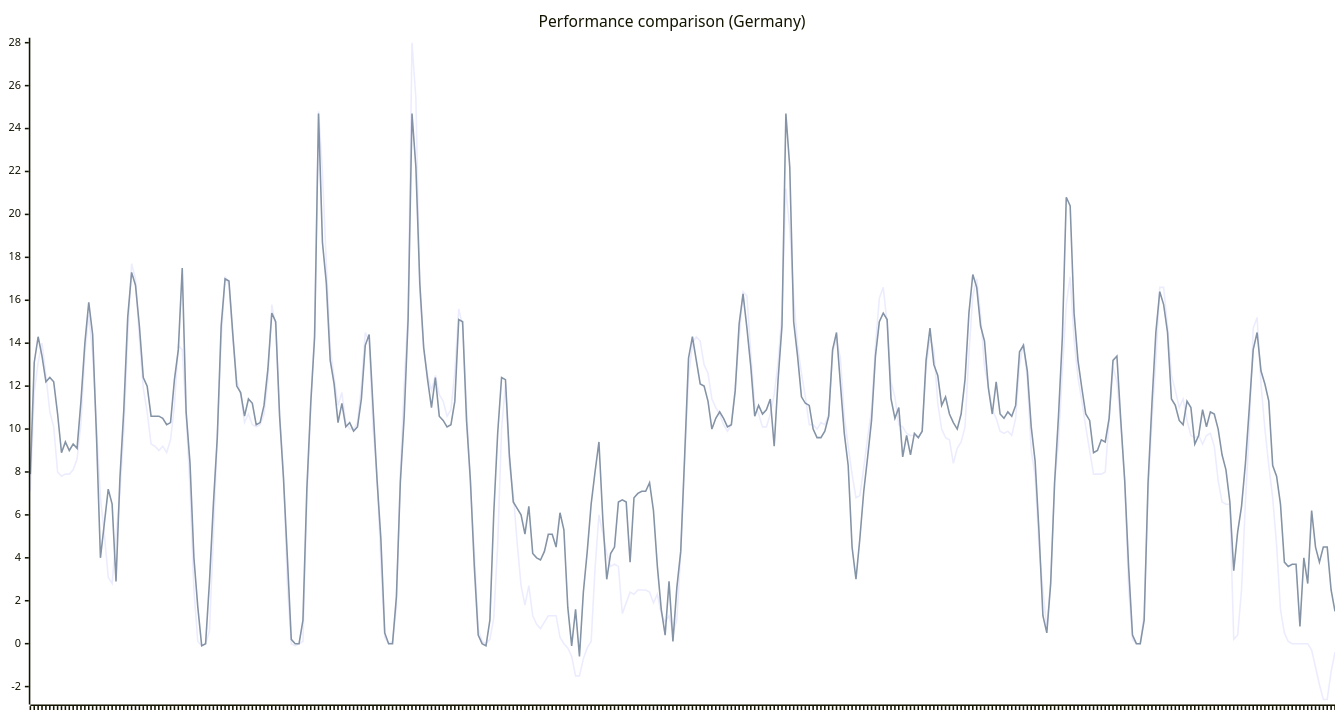
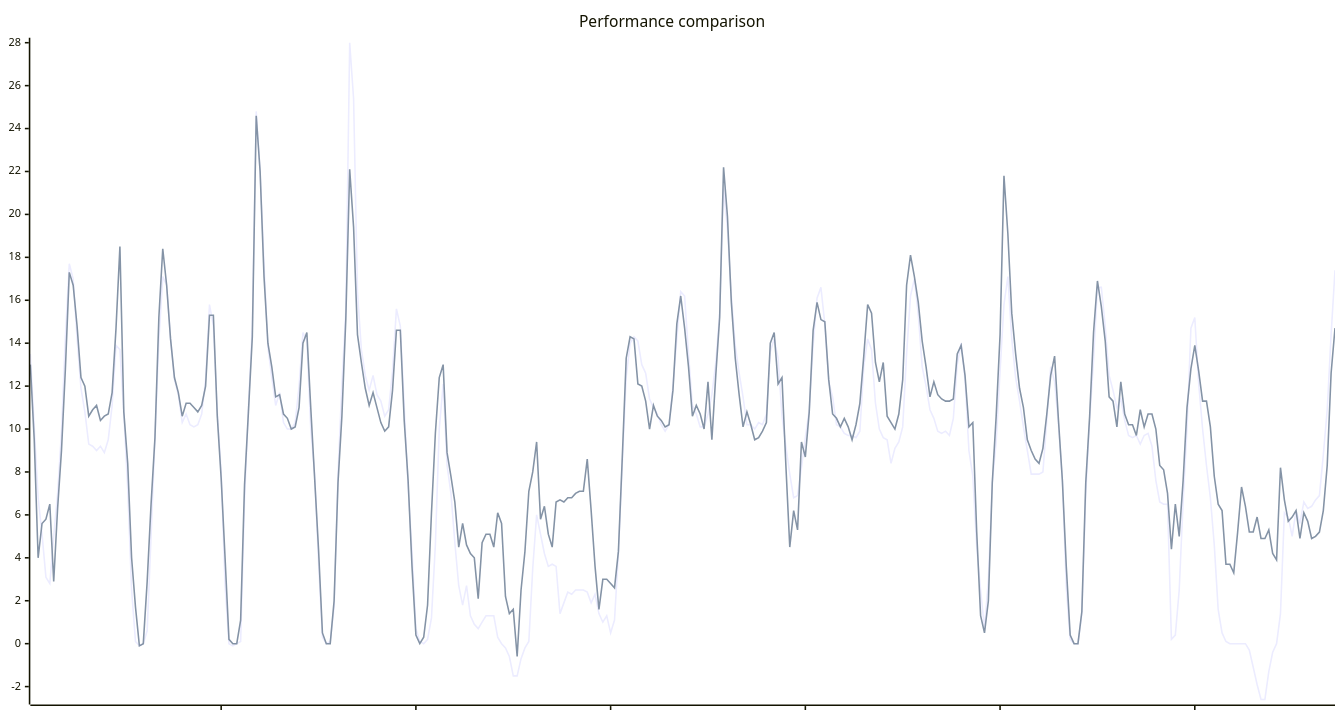
Before and after one commit to hchris1/EpexPredictor: the diagram in README.md, drawn with Mermaid. The commit also changed other lines of this file and 2 other files, not shown here.

Commit message:
slight model improvement: use exact day of week instead of just weekday/sat/sun, use correct holidays for AT and fix timezone for weekday detection

````diff
--- a/README.md
+++ b/README.md
@@ -63,16 +63,15 @@
 ```mermaid
 ---
 config:
     xyChart:
         width: 1700
         height: 900
         plotReservedSpacePercent: 80
         xAxis:
             showLabel: false
 ---
 xychart-beta
-    title "Performance comparison (Germany)"
-    x-axis [1500,1501,1502,1503,1504,1505,1506,1507,1508,1509,1510,1511,1512,1513,1514,1515,1516,1517,1518,1519,1520,1521,1522,1523,1524,1525,1526,1527,1528,1529,1530,1531,1532,1533,1534,1535,1536,1537,1538,1539,1540,1541,1542,1543,1544,1545,1546,1547,1548,1549,1550,1551,1552,1553,1554,1555,1556,1557,1558,1559,1560,1561,1562,1563,1564,1565,1566,1567,1568,1569,1570,1571,1572,1573,1574,1575,1576,1577,1578,1579,1580,1581,1582,1583,1584,1585,1586,1587,1588,1589,1590,1591,1592,1593,1594,1595,1596,1597,1598,1599,1600,1601,1602,1603,1604,1605,1606,1607,1608,1609,1610,1611,1612,1613,1614,1615,1616,1617,1618,1619,1620,1621,1622,1623,1624,1625,1626,1627,1628,1629,1630,1631,1632,1633,1634,1635,1636,1637,1638,1639,1640,1641,1642,1643,1644,1645,1646,1647,1648,1649,1650,1651,1652,1653,1654,1655,1656,1657,1658,1659,1660,1661,1662,1663,1664,1665,1666,1667,1668,1669,1670,1671,1672,1673,1674,1675,1676,1677,1678,1679,1680,1681,1682,1683,1684,1685,1686,1687,1688,1689,1690,1691,1692,1693,1694,1695,1696,1697,1698,1699,1700,1701,1702,1703,1704,1705,1706,1707,1708,1709,1710,1711,1712,1713,1714,1715,1716,1717,1718,1719,1720,1721,1722,1723,1724,1725,1726,1727,1728,1729,1730,1731,1732,1733,1734,1735,1736,1737,1738,1739,1740,1741,1742,1743,1744,1745,1746,1747,1748,1749,1750,1751,1752,1753,1754,1755,1756,1757,1758,1759,1760,1761,1762,1763,1764,1765,1766,1767,1768,1769,1770,1771,1772,1773,1774,1775,1776,1777,1778,1779,1780,1781,1782,1783,1784,1785,1786,1787,1788,1789,1790,1791,1792,1793,1794,1795,1796,1797,1798,1799,1800,1801,1802,1803,1804,1805,1806,1807,1808,1809,1810,1811,1812,1813,1814,1815,1816,1817,1818,1819,1820,1821,1822,1823,1824,1825,1826,1827,1828,1829,1830,1831,1832,1833,1834,1835]
-    line [7.1,11.7,13.1,14.0,12.5,10.8,10.1,8.0,7.8,7.9,7.9,8.1,8.6,10.3,13.5,15.3,13.5,10.1,6.8,5.1,3.1,2.8,5.0,7.0,9.9,14.3,17.7,17.0,14.2,11.9,10.8,9.3,9.2,9.0,9.2,8.9,9.5,11.1,13.9,13.7,10.7,7.2,2.5,0.1,-0.1,-0.0,0.6,5.0,9.6,14.1,17.1,16.7,14.2,12.3,11.6,10.3,10.7,10.2,10.1,10.2,10.7,12.3,15.8,14.8,10.8,8.0,2.7,-0.0,-0.1,-0.0,0.1,6.7,11.0,14.8,24.8,22.0,17.7,13.8,12.4,11.1,11.7,10.3,10.0,10.0,10.3,12.0,14.5,14.1,10.0,7.9,3.8,0.3,0.0,0.1,1.7,7.9,12.1,15.5,28.0,25.4,16.4,13.7,12.5,11.8,12.5,11.6,11.3,10.6,10.9,12.7,15.6,14.8,11.1,7.3,4.3,0.7,0.1,0.0,0.2,1.2,4.6,10.0,12.1,8.3,7.0,4.7,2.7,1.8,2.7,1.3,0.9,0.7,1.0,1.3,1.3,1.3,0.3,0.0,-0.2,-0.6,-1.5,-1.5,-0.7,-0.2,0.1,3.5,6.0,5.1,4.2,3.6,3.7,3.6,1.4,1.9,2.4,2.3,2.5,2.5,2.5,2.4,1.9,2.3,1.4,1.0,1.3,0.5,1.1,4.2,8.4,12.4,14.0,14.3,14.1,13.0,12.6,11.4,11.0,10.7,10.2,9.9,10.2,12.0,14.2,16.4,16.2,13.5,11.1,10.7,10.1,10.1,10.7,11.6,13.1,15.4,21.2,19.3,16.2,13.9,12.6,11.5,10.2,10.2,10.0,10.3,10.2,10.7,13.6,14.2,13.3,10.6,9.2,7.9,6.8,6.9,8.2,9.6,10.9,13.9,16.1,16.6,14.9,12.2,11.5,10.2,10.1,9.8,9.7,9.7,9.6,9.9,12.9,14.2,13.7,11.2,10.0,9.6,9.5,8.4,9.1,9.4,10.1,13.5,16.2,17.0,15.3,12.9,12.0,10.9,10.5,9.9,9.8,9.9,9.7,10.5,13.0,14.0,12.3,9.0,7.8,4.5,2.5,0.7,3.0,7.5,9.4,12.7,15.8,17.1,14.2,12.4,11.3,10.1,9.0,7.9,7.9,7.9,8.0,10.4,12.9,12.2,10.2,7.6,2.6,0.2,-0.0,-0.0,1.4,7.0,10.4,13.2,16.6,16.6,14.8,12.5,11.8,11.0,11.4,10.4,9.7,9.6,9.7,9.3,9.7,9.8,9.2,7.6,6.6,6.5,6.5,0.2,0.4,2.5,6.6,10.0,14.7,15.2,12.1,10.0,8.3,6.8,4.6,1.6,0.5,0.1,0.0,0.0,0.0,-0.0,-0.0,-0.3,-1.1,-1.9,-2.6,-2.6,-1.3,-0.4]
-    line [7.9,13.1,14.3,13.4,12.2,12.4,12.2,10.7,8.9,9.4,9.0,9.3,9.1,11.3,14.0,15.9,14.4,9.6,4.0,5.6,7.2,6.5,2.9,7.7,10.9,15.2,17.3,16.7,14.8,12.4,12.0,10.6,10.6,10.6,10.5,10.2,10.3,12.3,13.7,17.5,10.8,8.4,4.0,1.7,-0.1,0.0,2.9,6.5,9.6,14.8,17.0,16.9,14.4,12.0,11.7,10.6,11.4,11.2,10.2,10.3,11.1,12.8,15.4,15.0,10.6,7.7,4.0,0.2,-0.0,0.0,1.1,7.2,11.2,14.3,24.7,18.7,16.8,13.2,12.1,10.3,11.2,10.1,10.3,9.9,10.1,11.4,13.9,14.4,11.0,7.7,4.9,0.5,-0.0,0.0,2.2,7.5,10.6,15.1,24.7,22.2,16.8,13.8,12.3,11.0,12.4,10.6,10.4,10.1,10.2,11.3,15.1,15.0,10.4,7.6,3.6,0.4,0.0,-0.1,1.1,6.1,9.8,12.4,12.3,8.8,6.6,6.3,6.0,5.1,6.4,4.2,4.0,3.9,4.3,5.1,5.1,4.5,6.1,5.3,1.7,-0.1,1.6,-0.6,2.4,4.3,6.5,8.0,9.4,5.8,3.0,4.2,4.5,6.6,6.7,6.6,3.8,6.8,7.0,7.1,7.1,7.5,6.2,3.6,1.6,0.4,2.9,0.1,2.6,4.3,8.7,13.3,14.3,13.2,12.1,12.0,11.3,10.0,10.5,10.8,10.5,10.1,10.2,11.8,14.9,16.3,14.7,12.9,10.6,11.1,10.7,10.9,11.4,9.2,12.3,14.8,24.7,22.2,15.0,13.4,11.5,11.2,11.1,10.0,9.6,9.6,9.9,10.6,13.7,14.5,12.1,9.8,8.3,4.5,3.0,4.9,7.1,8.7,10.4,13.4,15.0,15.4,15.1,11.4,10.5,11.0,8.7,9.7,8.8,9.8,9.6,9.9,13.2,14.7,13.0,12.5,11.1,11.5,10.7,10.3,10.0,10.7,12.3,15.4,17.2,16.6,14.8,14.1,11.9,10.7,12.2,10.7,10.5,10.8,10.6,11.1,13.6,13.9,12.7,10.1,8.5,5.2,1.3,0.5,2.8,7.5,10.6,14.3,20.8,20.4,15.4,13.2,11.9,10.7,10.4,8.9,9.0,9.5,9.4,10.5,13.2,13.4,10.4,7.6,3.6,0.4,-0.0,0.0,1.1,7.5,11.2,14.5,16.4,15.8,14.5,11.4,11.1,10.4,10.2,11.3,11.0,9.3,9.7,10.9,10.1,10.8,10.7,10.0,8.8,8.1,6.6,3.4,5.2,6.4,8.4,11.0,13.7,14.5,12.7,12.1,11.3,8.3,7.8,6.5,3.8,3.6,3.7,3.7,0.8,4.0,2.8,6.2,4.5,3.8,4.5,4.5,2.5,1.5]
+    title "Performance comparison"
+    line [13.5,10.1,6.8,5.1,3.1,2.8,5.0,7.0,9.9,14.3,17.7,17.0,14.2,11.9,10.8,9.3,9.2,9.0,9.2,8.9,9.5,11.1,13.9,13.7,10.7,7.2,2.5,0.1,-0.1,-0.0,0.6,5.0,9.6,14.1,17.1,16.7,14.2,12.3,11.6,10.3,10.7,10.2,10.1,10.2,10.7,12.3,15.8,14.8,10.8,8.0,2.7,-0.0,-0.1,-0.0,0.1,6.7,11.0,14.8,24.8,22.0,17.7,13.8,12.4,11.1,11.7,10.3,10.0,10.0,10.3,12.0,14.5,14.1,10.0,7.9,3.8,0.3,0.0,0.1,1.7,7.9,12.1,15.5,28.0,25.4,16.4,13.7,12.5,11.8,12.5,11.6,11.3,10.6,10.9,12.7,15.6,14.8,11.1,7.3,4.3,0.7,0.1,0.0,0.2,1.2,4.6,10.0,12.1,8.3,7.0,4.7,2.7,1.8,2.7,1.3,0.9,0.7,1.0,1.3,1.3,1.3,0.3,0.0,-0.2,-0.6,-1.5,-1.5,-0.7,-0.2,0.1,3.5,6.0,5.1,4.2,3.6,3.7,3.6,1.4,1.9,2.4,2.3,2.5,2.5,2.5,2.4,1.9,2.3,1.4,1.0,1.3,0.5,1.1,4.2,8.4,12.4,14.0,14.3,14.1,13.0,12.6,11.4,11.0,10.7,10.2,9.9,10.2,12.0,14.2,16.4,16.2,13.5,11.1,10.7,10.1,10.1,10.7,11.6,13.1,15.4,21.2,19.3,16.2,13.9,12.6,11.5,10.2,10.2,10.0,10.3,10.2,10.7,13.6,14.2,13.3,10.6,9.2,7.9,6.8,6.9,8.2,9.6,10.9,13.9,16.1,16.6,14.9,12.2,11.5,10.2,10.1,9.8,9.7,9.7,9.6,9.9,12.9,14.2,13.7,11.2,10.0,9.6,9.5,8.4,9.1,9.4,10.1,13.5,16.2,17.0,15.3,12.9,12.0,10.9,10.5,9.9,9.8,9.9,9.7,10.5,13.0,14.0,12.3,9.0,7.8,4.5,2.5,0.7,3.0,7.5,9.4,12.7,15.8,17.1,14.2,12.4,11.3,10.1,9.0,7.9,7.9,7.9,8.0,10.4,12.9,12.2,10.2,7.6,2.6,0.2,-0.0,-0.0,1.4,7.0,10.4,13.2,16.6,16.6,14.8,12.5,11.8,11.0,11.4,10.4,9.7,9.6,9.7,9.3,9.7,9.8,9.2,7.6,6.6,6.5,6.5,0.2,0.4,2.5,6.6,10.0,14.7,15.2,12.1,10.0,8.3,6.8,4.6,1.6,0.5,0.1,0.0,0.0,0.0,-0.0,-0.0,-0.3,-1.1,-1.9,-2.6,-2.6,-1.3,-0.4,-0.0,1.4,6.1,5.9,5.0,6.2,5.6,6.6,6.3,6.4,6.7,6.9,8.8,10.9,14.4,17.4]
+    line [13.0,9.5,4.0,5.6,5.8,6.5,2.9,6.3,9.0,12.8,17.3,16.7,14.8,12.4,12.0,10.6,10.9,11.1,10.4,10.6,10.7,11.7,14.7,18.5,10.8,8.4,4.0,1.7,-0.1,0.0,2.9,6.5,9.6,15.2,18.4,16.7,14.2,12.4,11.7,10.6,11.2,11.2,11.0,10.8,11.1,12.0,15.3,15.3,10.6,7.7,4.0,0.2,-0.0,0.0,1.1,7.4,10.8,14.3,24.6,22.0,17.1,14.0,12.9,11.5,11.6,10.7,10.5,10.0,10.1,11.0,14.0,14.5,11.0,7.7,4.4,0.5,0.0,0.0,2.0,7.5,10.6,15.1,22.1,19.4,14.4,13.1,11.9,11.1,11.7,11.0,10.3,9.9,10.1,11.8,14.6,14.6,10.4,7.6,3.6,0.4,0.0,0.3,1.8,6.1,9.8,12.4,13.0,8.9,7.8,6.6,4.5,5.6,4.6,4.2,4.0,2.1,4.7,5.1,5.1,4.5,6.1,5.6,2.2,1.4,1.6,-0.6,2.5,4.3,7.1,8.0,9.4,5.8,6.4,5.1,4.5,6.6,6.7,6.6,6.8,6.8,7.0,7.1,7.1,8.6,6.2,3.6,1.6,3.0,3.0,2.8,2.6,4.3,8.7,13.3,14.3,14.2,12.1,12.0,11.3,10.0,11.1,10.6,10.4,10.1,10.2,11.8,14.9,16.2,14.7,12.9,10.6,11.1,10.7,10.0,12.2,9.5,12.5,15.2,22.2,19.9,15.9,13.3,11.6,10.1,10.8,10.2,9.5,9.6,9.9,10.3,14.0,14.5,12.1,12.4,8.3,4.5,6.2,5.3,9.4,8.7,10.8,14.6,15.9,15.1,15.0,12.3,10.7,10.5,10.1,10.5,10.1,9.5,10.2,11.2,13.4,15.8,15.4,13.1,12.2,13.1,10.6,10.3,10.0,10.7,12.3,16.7,18.1,17.1,15.9,14.1,12.9,11.5,12.2,11.6,11.4,11.3,11.3,11.4,13.5,13.9,12.5,10.1,10.3,5.2,1.3,0.5,2.0,7.5,10.6,14.4,21.8,19.1,15.4,13.5,11.9,11.0,9.5,9.0,8.6,8.4,9.1,10.7,12.5,13.4,10.4,7.6,3.6,0.4,0.0,0.0,1.5,7.5,10.6,14.5,16.9,15.7,14.1,11.5,11.3,10.1,12.2,10.7,10.2,10.2,9.7,10.9,10.1,10.7,10.7,10.0,8.3,8.1,7.0,4.4,6.5,5.0,7.6,11.0,12.8,13.9,12.7,11.3,11.3,10.1,7.8,6.5,6.2,3.7,3.7,3.3,5.2,7.3,6.4,5.2,5.2,5.9,4.9,4.9,5.3,4.2,3.9,8.2,6.7,5.7,5.9,6.2,4.9,6.1,5.7,4.9,5.0,5.2,6.2,8.3,12.6,14.7]
 ```
````
